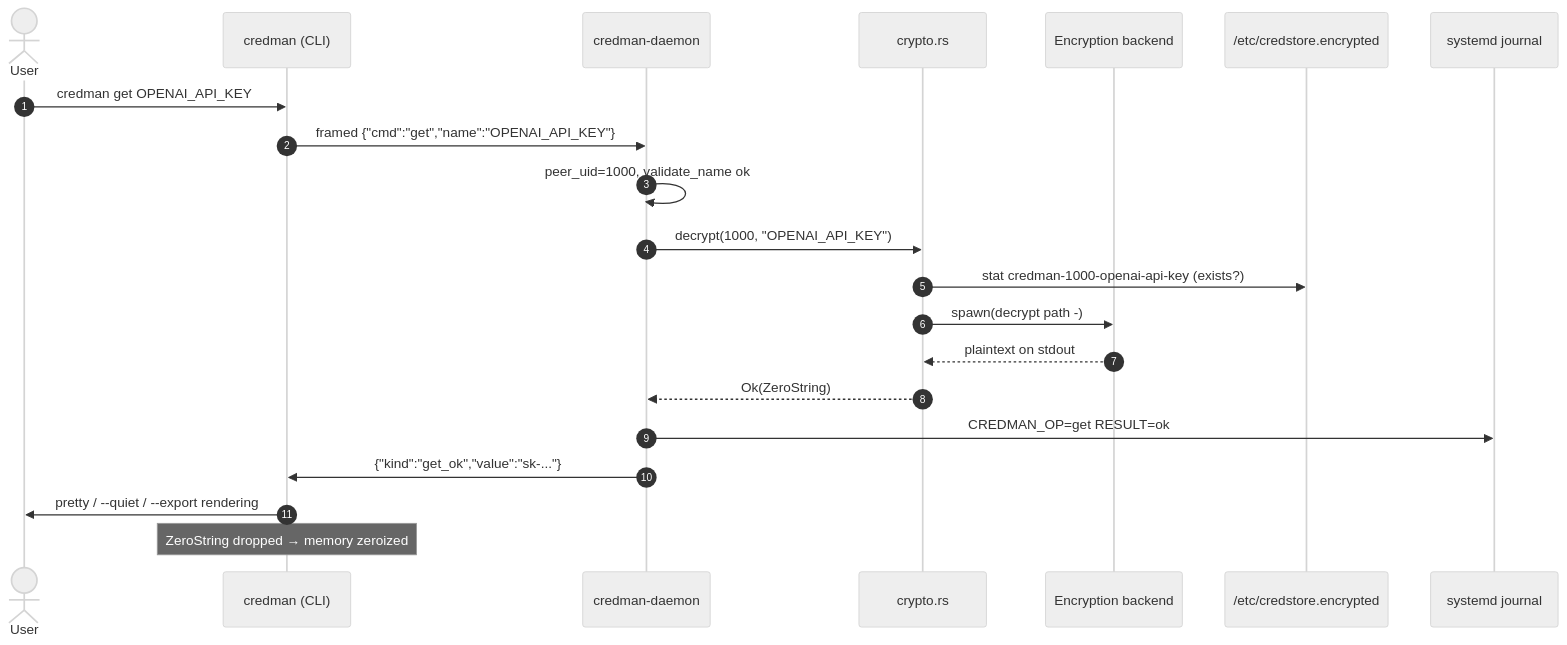
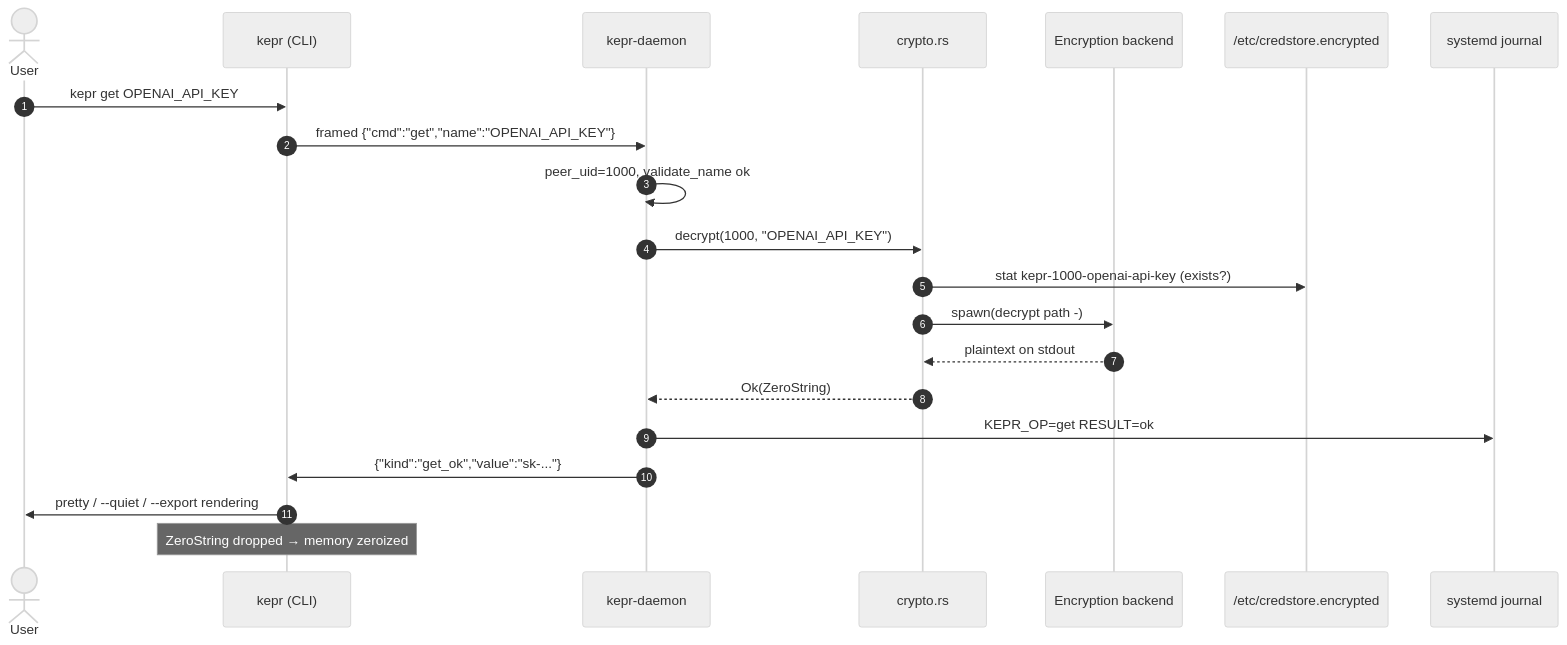
The third of 7 diagrams in DOCS.md (justdoGIT/kepr), drawn with Mermaid (neutral theme) before and after one commit. The commit also changed other lines of this file and 4 other files, not shown here.

````diff
--- a/DOCS.md
+++ b/DOCS.md
@@ -286,24 +286,24 @@
 ```mermaid
 sequenceDiagram
     autonumber
     actor U as User
-    participant CLI as credman (CLI)
-    participant D as credman-daemon
+    participant CLI as kepr (CLI)
+    participant D as kepr-daemon
     participant CR as crypto.rs
     participant BE as Encryption backend
     participant FS as /etc/credstore.encrypted
     participant J as systemd journal
 
-    U->>CLI: credman get OPENAI_API_KEY
+    U->>CLI: kepr get OPENAI_API_KEY
     CLI->>D: framed {"cmd":"get","name":"OPENAI_API_KEY"}
     D->>D: peer_uid=1000, validate_name ok
     D->>CR: decrypt(1000, "OPENAI_API_KEY")
-    CR->>FS: stat credman-1000-openai-api-key (exists?)
+    CR->>FS: stat kepr-1000-openai-api-key (exists?)
     CR->>BE: spawn(decrypt path -)
     BE-->>CR: plaintext on stdout
     CR-->>D: Ok(ZeroString)
-    D->>J: CREDMAN_OP=get RESULT=ok
+    D->>J: KEPR_OP=get RESULT=ok
     D->>CLI: {"kind":"get_ok","value":"sk-..."}
     CLI->>U: pretty / --quiet / --export rendering
     Note over CLI: ZeroString dropped → memory zeroized
 ```
````
